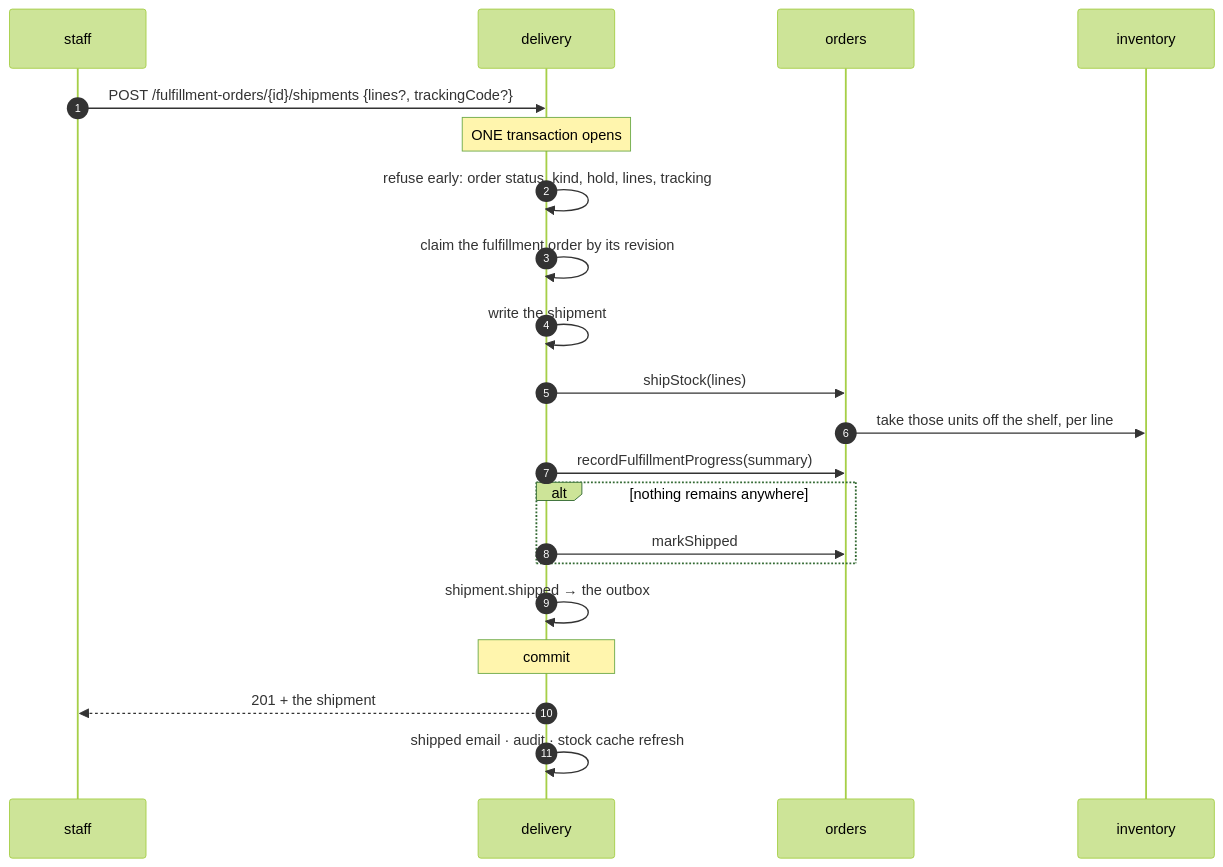
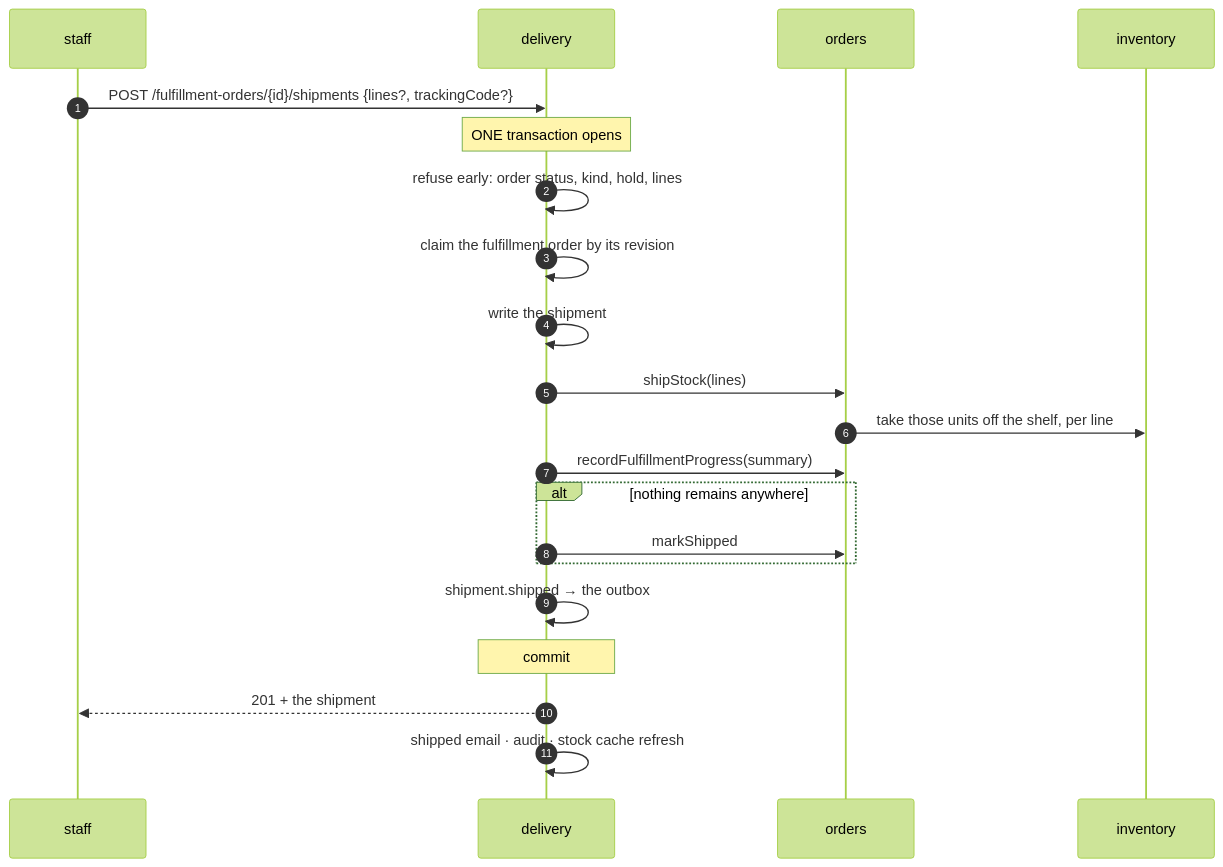
The seventh of 7 diagrams in docs/modules/delivery.md (Guebbit/boilerplate-node-backend), drawn with Mermaid (forest theme) before and after one commit. The commit also changed other lines of this file and 56 other files, not shown here.

````diff
--- a/docs/modules/delivery.md
+++ b/docs/modules/delivery.md
@@ -396,23 +399,23 @@
 ```mermaid
 sequenceDiagram
     autonumber
     participant S as staff
     participant D as delivery
     participant O as orders
     participant I as inventory
     S->>D: POST /fulfillment-orders/{id}/shipments {lines?, trackingCode?}
     Note over D: ONE transaction opens
-    D->>D: refuse early: order status, kind, hold, lines, tracking
+    D->>D: refuse early: order status, kind, hold, lines
     D->>D: claim the fulfillment order by its revision
     D->>D: write the shipment
     D->>O: shipStock(lines)
     O->>I: take those units off the shelf, per line
     D->>O: recordFulfillmentProgress(summary)
     alt nothing remains anywhere
         D->>O: markShipped
     end
     D->>D: shipment.shipped → the outbox
     Note over D: commit
     D-->>S: 201 + the shipment
     D->>D: shipped email · audit · stock cache refresh
 ```
````
